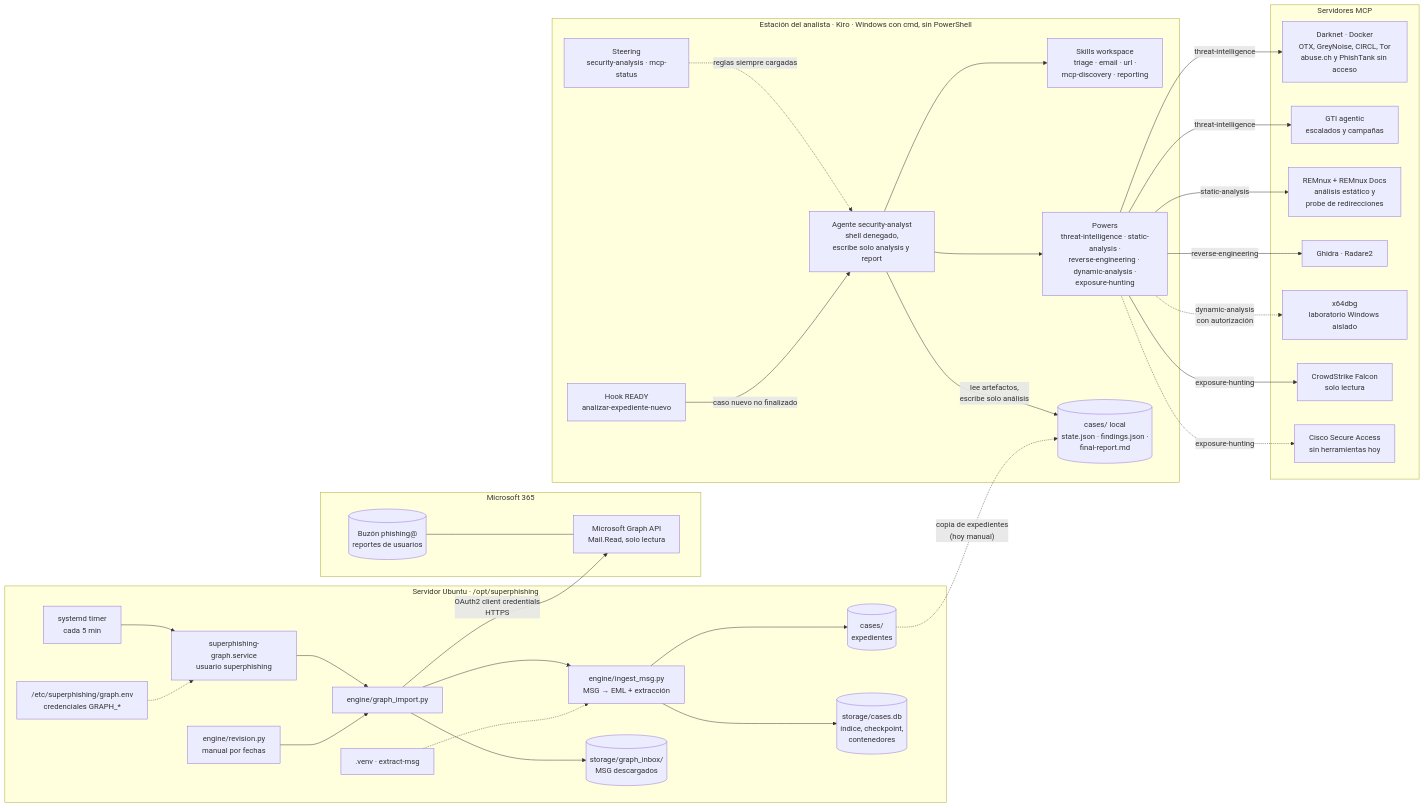
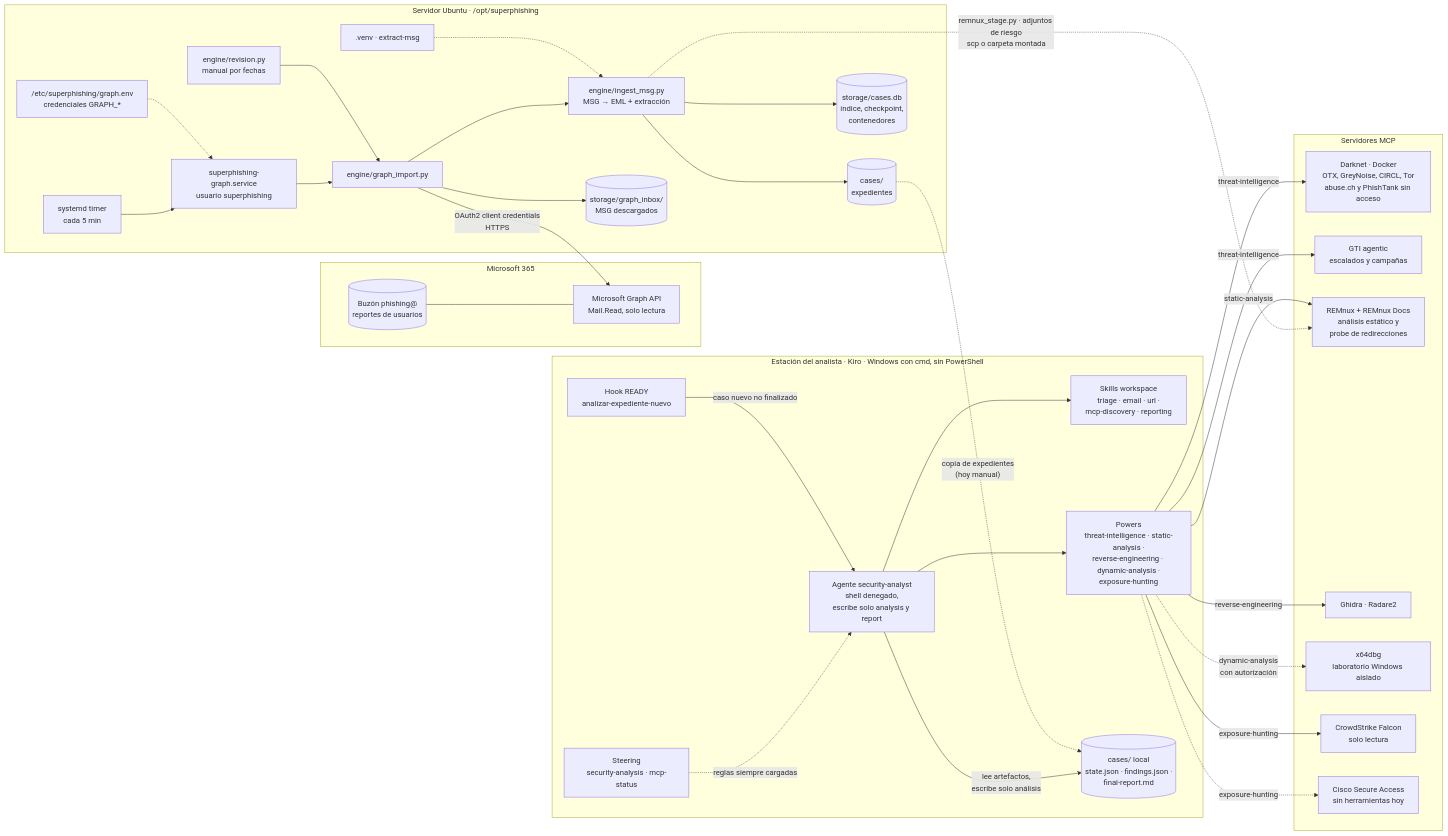
One commit to aemunozr/superphishing changed the first of 2 diagrams in README.md. Above: the diagram before and after it, drawn with Mermaid. The commit also changed other lines of this file and 12 other files, not shown here.

````diff
--- a/README.md
+++ b/README.md
@@ -16,54 +16,55 @@
 ```mermaid
 flowchart LR
     subgraph M365["Microsoft 365"]
         MB[("Buzón phishing@<br/>reportes de usuarios")]
         GR[Microsoft Graph API<br/>Mail.Read, solo lectura]
         MB --- GR
     end
 
     subgraph SRV["Servidor Ubuntu · /opt/superphishing"]
         TM[systemd timer<br/>cada 5 min] --> SV[superphishing-graph.service<br/>usuario superphishing]
         SV --> GI[engine/graph_import.py]
         RV[engine/revision.py<br/>manual por fechas] --> GI
         GI --> IN[engine/ingest_msg.py<br/>MSG → EML + extracción]
         IN --> CS[("cases/<br/>expedientes")]
         IN --> DB[("storage/cases.db<br/>índice, checkpoint,<br/>contenedores")]
         GI --> ST[("storage/graph_inbox/<br/>MSG descargados")]
         ENV["/etc/superphishing/graph.env<br/>credenciales GRAPH_*"] -.-> SV
         VENV[.venv · extract-msg] -.-> IN
     end
 
     subgraph WS["Estación del analista · Kiro · Windows con cmd, sin PowerShell"]
         STR[Steering<br/>security-analysis · mcp-status]
         HK[Hook READY<br/>analizar-expediente-nuevo]
         AG["Agente security-analyst<br/>shell denegado,<br/>escribe solo analysis y report"]
         SK[Skills workspace<br/>triage · email · url ·<br/>mcp-discovery · reporting]
         PW[Powers<br/>threat-intelligence · static-analysis ·<br/>reverse-engineering · dynamic-analysis ·<br/>exposure-hunting]
         STR -.->|reglas siempre cargadas| AG
         HK -->|caso nuevo no finalizado| AG
         AG --> SK
         AG --> PW
         CL[("cases/ local<br/>state.json · findings.json ·<br/>final-report.md")]
         AG -->|lee artefactos,<br/>escribe solo análisis| CL
     end
 
     subgraph MCP["Servidores MCP"]
         DN[Darknet · Docker<br/>OTX, GreyNoise, CIRCL, Tor<br/>abuse.ch y PhishTank sin acceso]
         GT[GTI agentic<br/>escalados y campañas]
         RM[REMnux + REMnux Docs<br/>análisis estático y<br/>probe de redirecciones]
         RE[Ghidra · Radare2]
         XD[x64dbg<br/>laboratorio Windows aislado]
         FL[CrowdStrike Falcon<br/>solo lectura]
         CSA[Cisco Secure Access<br/>sin herramientas hoy]
     end
 
     GI -->|OAuth2 client credentials<br/>HTTPS| GR
+    IN -.->|"remnux_stage.py · adjuntos de riesgo<br/>scp o carpeta montada"| RM
     CS -. "copia de expedientes<br/>(hoy manual)" .-> CL
     PW -->|threat-intelligence| DN
     PW -->|threat-intelligence| GT
     PW -->|static-analysis| RM
     PW -->|reverse-engineering| RE
     PW -.->|dynamic-analysis<br/>con autorización| XD
     PW -->|exposure-hunting| FL
     PW -.->|exposure-hunting| CSA
 ```
````
